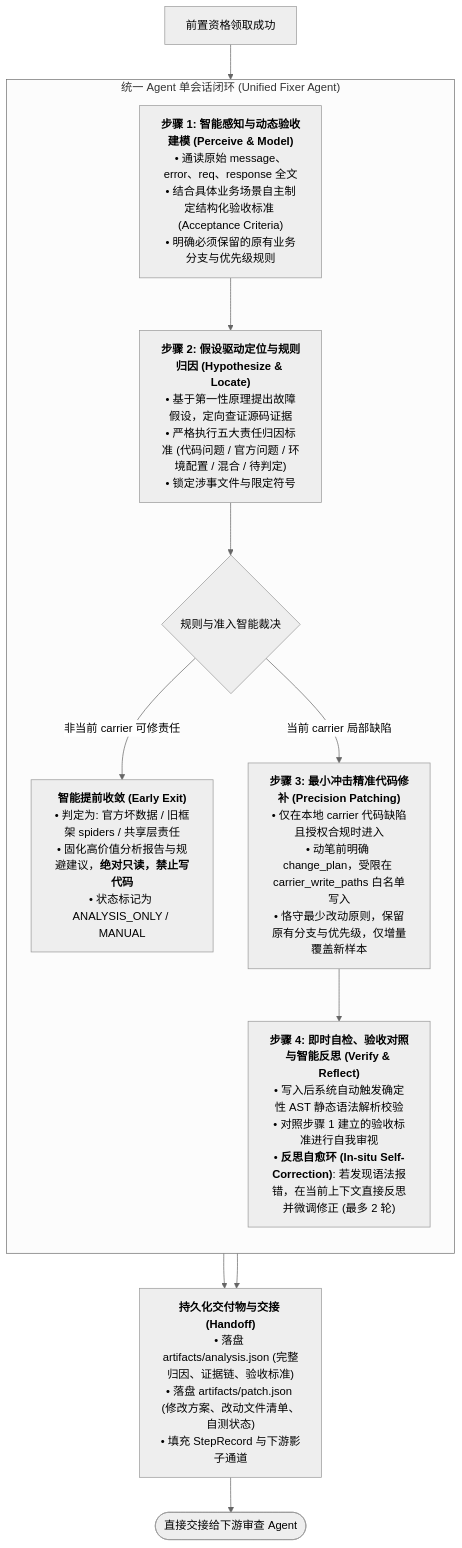
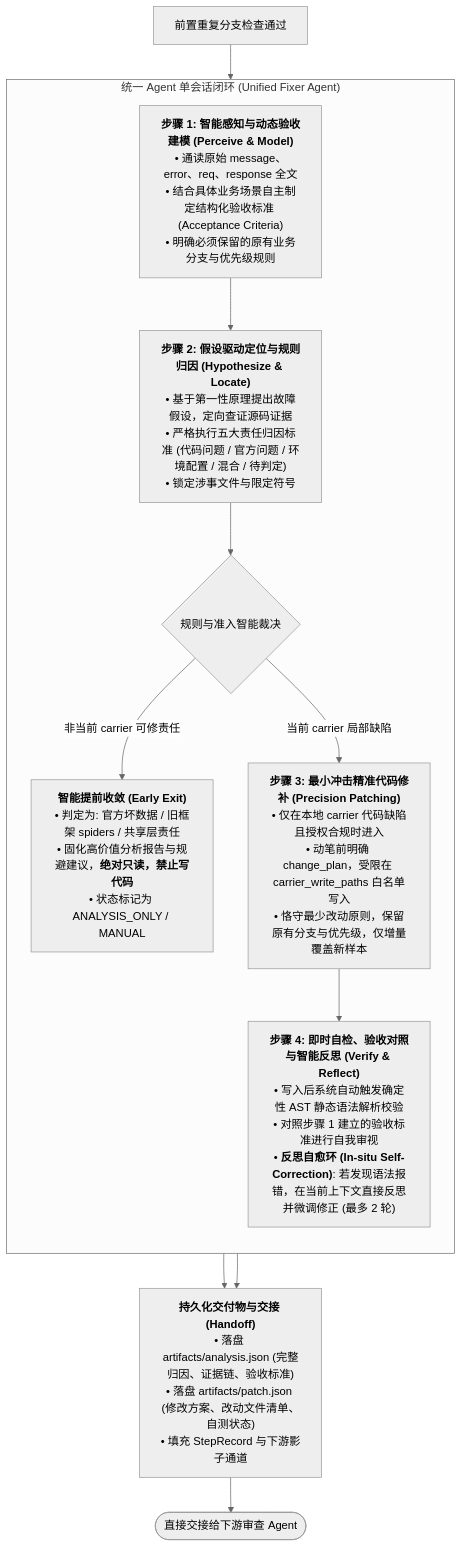
Before and after one commit to zqy1023/ai-bug-fix: the second of 2 diagrams in README.md, drawn with Mermaid (neutral theme). The commit also changed other lines of this file and 315 other files, not shown here.

````diff
--- a/README.md
+++ b/README.md
@@ -53,30 +51,30 @@
 ```mermaid
 flowchart TD
     subgraph SingleSession ["统一 Agent 单会话闭环 (Unified Fixer Agent)"]
         direction TB
         
         P1["<b>步骤 1: 智能感知与动态验收建模 (Perceive & Model)</b><br/>• 通读原始 message、error、req、response 全文<br/>• 结合具体业务场景自主制定结构化验收标准 (Acceptance Criteria)<br/>• 明确必须保留的原有业务分支与优先级规则"]
         
         P2["<b>步骤 2: 假设驱动定位与规则归因 (Hypothesize & Locate)</b><br/>• 基于第一性原理提出故障假设，定向查证源码证据<br/>• 严格执行五大责任归因标准 (代码问题 / 官方问题 / 环境配置 / 混合 / 待判定)<br/>• 锁定涉事文件与限定符号"]
         
         Decision{"规则与准入智能裁决"}
         
         EarlyExit["<b>智能提前收敛 (Early Exit)</b><br/>• 判定为: 官方坏数据 / 旧框架 spiders / 共享层责任<br/>• 固化高价值分析报告与规避建议，<b>绝对只读，禁止写代码</b><br/>• 状态标记为 ANALYSIS_ONLY / MANUAL"]
         
         P3["<b>步骤 3: 最小冲击精准代码修补 (Precision Patching)</b><br/>• 仅在本地 carrier 代码缺陷且授权合规时进入<br/>• 动笔前明确 change_plan，受限在 carrier_write_paths 白名单写入<br/>• 恪守最少改动原则，保留原有分支与优先级，仅增量覆盖新样本"]
         
         P4["<b>步骤 4: 即时自检、验收对照与智能反思 (Verify & Reflect)</b><br/>• 写入后系统自动触发确定性 AST 静态语法解析校验<br/>• 对照步骤 1 建立的验收标准进行自我审视<br/>• <b>反思自愈环 (In-situ Self-Correction)</b>: 若发现语法报错，在当前上下文直接反思并微调修正 (最多 2 轮)"]
         
         P1 --> P2 --> Decision
         Decision -- "非当前 carrier 可修责任" --> EarlyExit
         Decision -- "当前 carrier 局部缺陷" --> P3 --> P4
     end
 
-    Input[前置资格领取成功] --> SingleSession
+    Input[前置重复分支检查通过] --> SingleSession
     
     EarlyExit --> OutputArtifacts["<b>持久化交付物与交接 (Handoff)</b><br/>• 落盘 artifacts/analysis.json (完整归因、证据链、验收标准)<br/>• 落盘 artifacts/patch.json (修改方案、改动文件清单、自测状态)<br/>• 填充 StepRecord 与下游影子通道"]
     
     P4 --> OutputArtifacts
     
     OutputArtifacts --> NextReview([直接交接给下游审查 Agent])
 ```
````
